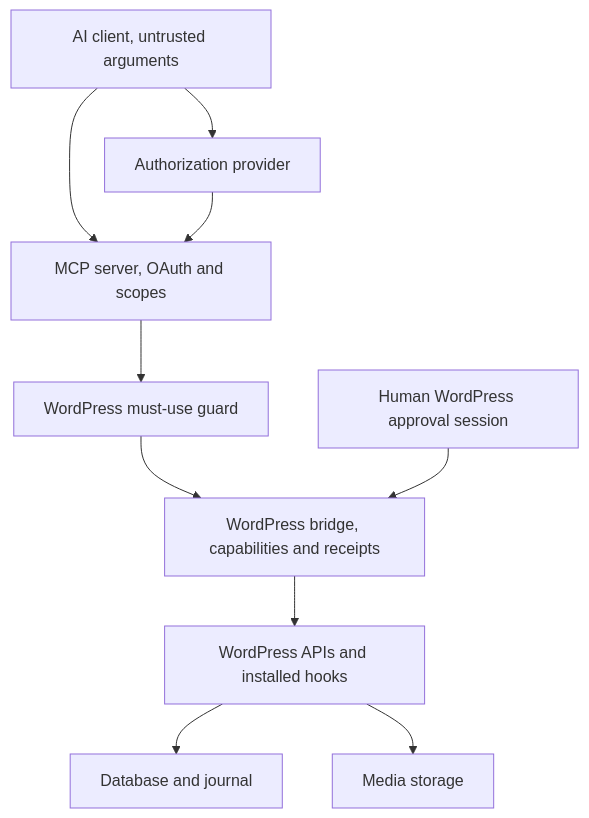
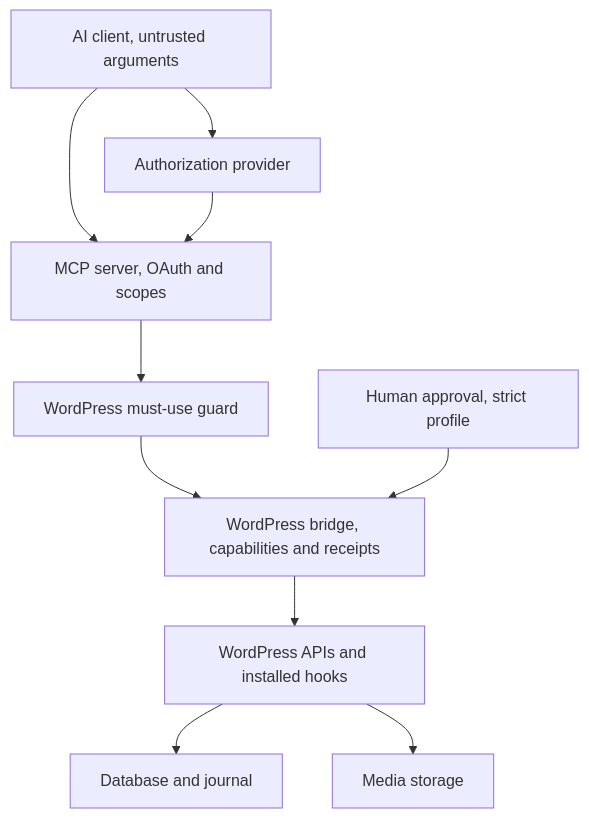
The diagram in docs/ARCHITECTURE.md (jimlunsford/coagmentator), drawn with Mermaid before and after one commit. The commit also changed other lines of this file and 12 other files, not shown here.

````diff
--- a/docs/ARCHITECTURE.md
+++ b/docs/ARCHITECTURE.md
@@ -7,12 +7,12 @@
 ```mermaid
 flowchart TD
     A["AI client, untrusted arguments"] --> M["MCP server, OAuth and scopes"]
     A --> I["Authorization provider"]
     I --> M
     M --> G["WordPress must-use guard"]
     G --> B["WordPress bridge, capabilities and receipts"]
-    H["Human WordPress approval session"] --> B
+    H["Human approval, strict profile"] --> B
     B --> W["WordPress APIs and installed hooks"]
     W --> D["Database and journal"]
     W --> F["Media storage"]
 ```
````
